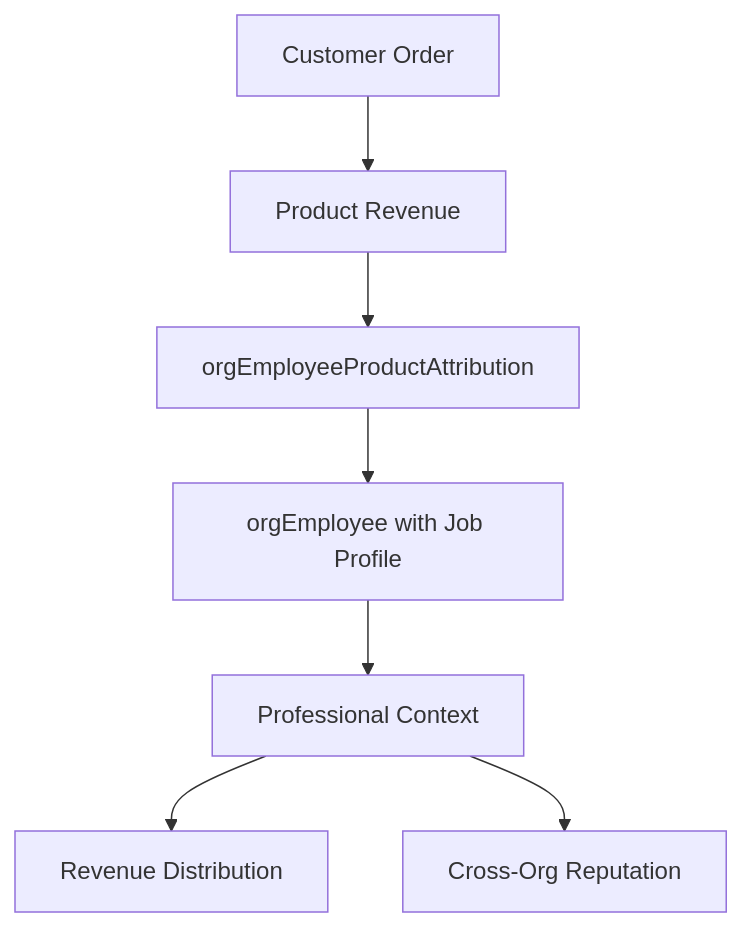
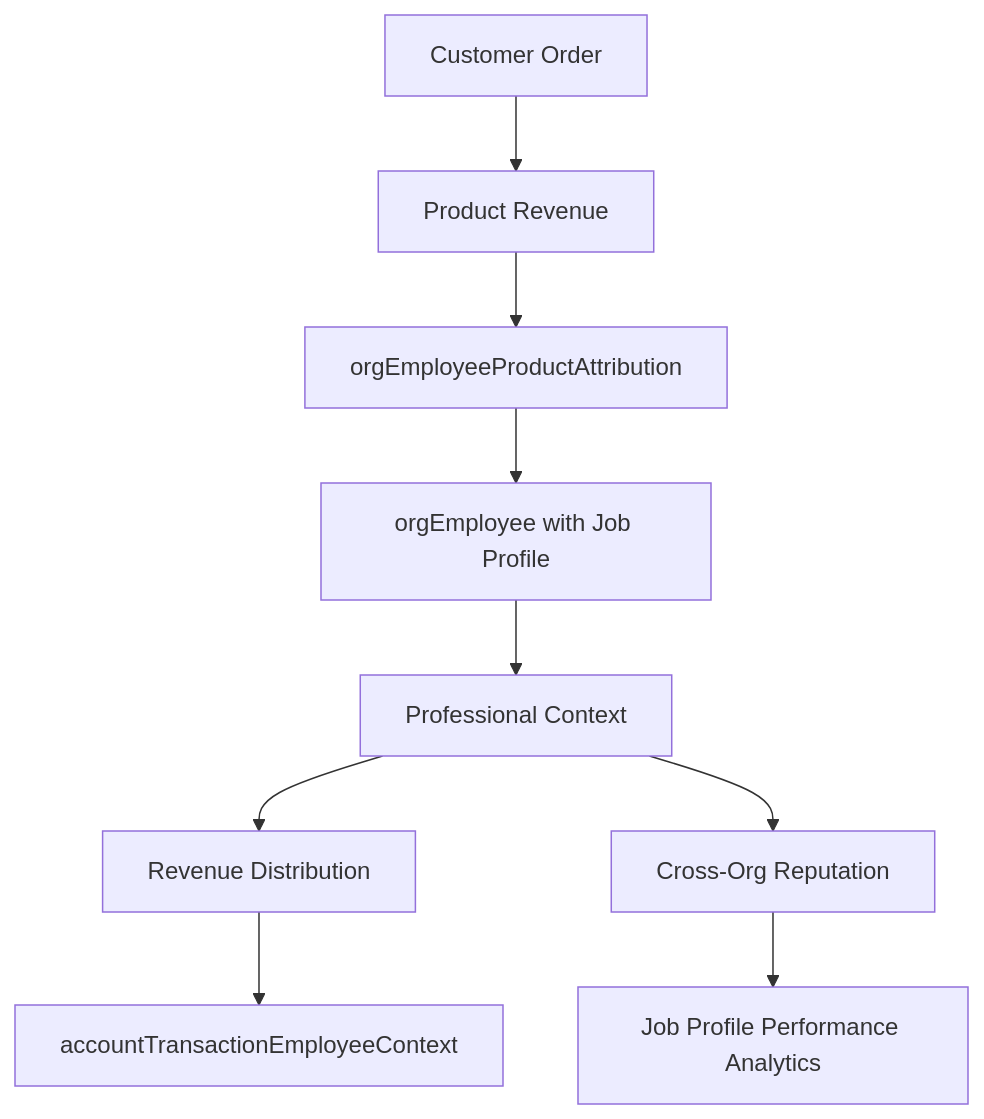
The fourth of 5 diagrams in apps/volmify/src/server/libs/db/schema/README.md (DreamEcho100/maze), drawn with Mermaid before and after one commit. The commit also changed other lines of this file and 4 other files, not shown here.

Commit message:
feat: Update Volmify database schema and relations for enhanced financial context and user management

````diff
--- a/apps/volmify/src/server/libs/db/schema/README.md
+++ b/apps/volmify/src/server/libs/db/schema/README.md
@@ -290,9 +356,11 @@
 ```mermaid
 graph TD
     A[Customer Order] --> B[Product Revenue]
     B --> C[orgEmployeeProductAttribution]
     C --> D[orgEmployee with Job Profile]
     D --> E[Professional Context]
     E --> F[Revenue Distribution]
     E --> G[Cross-Org Reputation]
+    F --> H[accountTransactionEmployeeContext]
+    G --> I[Job Profile Performance Analytics]
 ```
````
